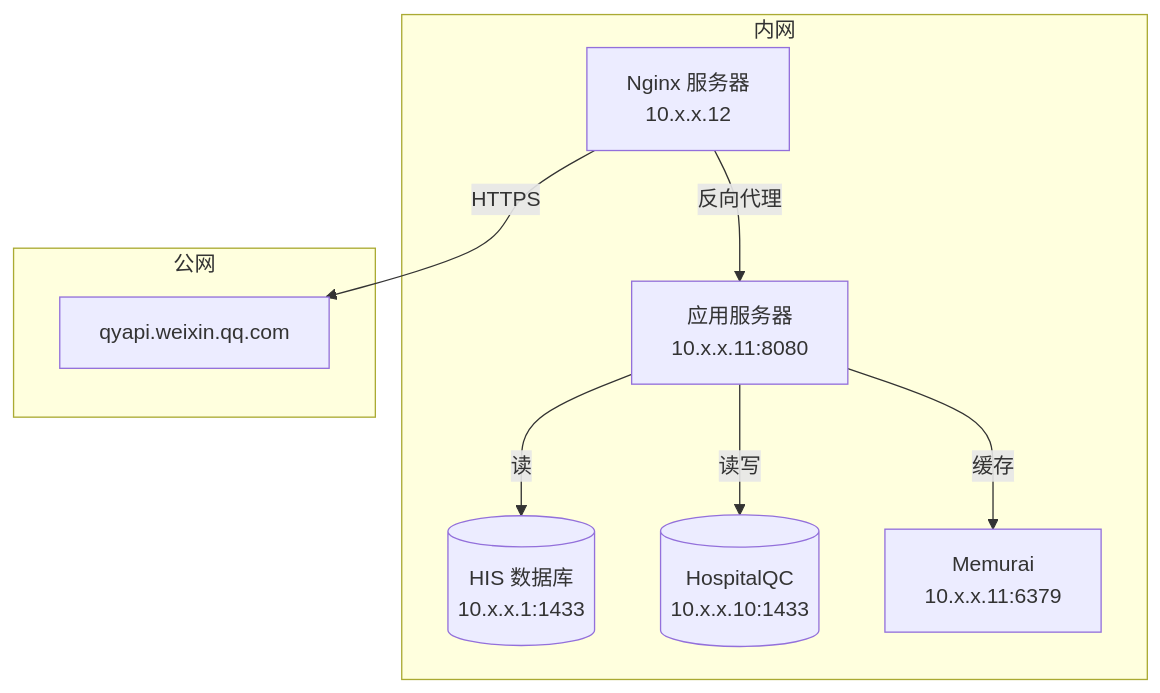
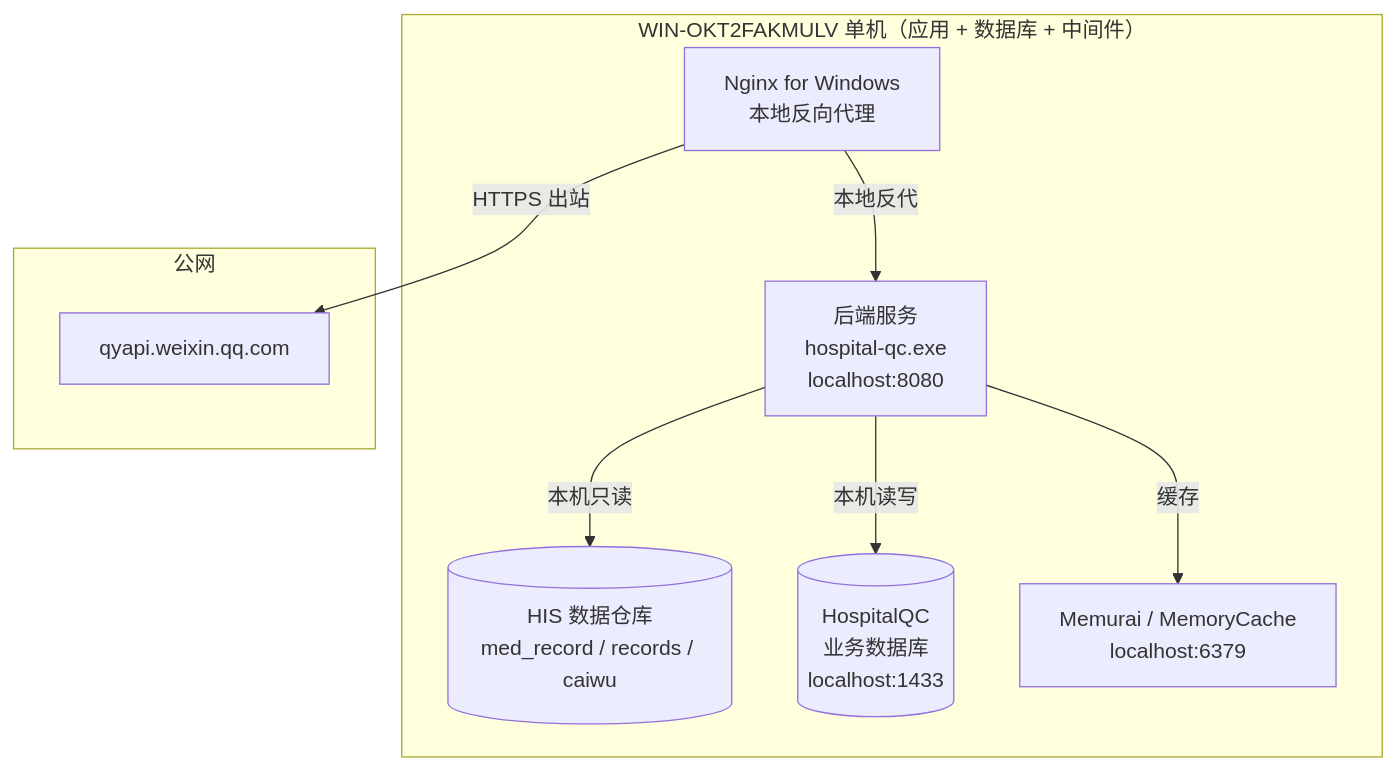
Before and after one commit to MIutopia/hospital-qc-wework: the second of 7 diagrams in docs/技术方案终稿-统一Go+Windows原生.md, drawn with Mermaid. The commit also changed other lines of this file and 17 other files, not shown here.

````diff
--- a/docs/技术方案终稿-统一Go+Windows原生.md
+++ b/docs/技术方案终稿-统一Go+Windows原生.md
@@ -63,20 +66,20 @@
 ```mermaid
 graph TD
-    subgraph 内网
-        HIS[("HIS 数据库<br/>10.x.x.1:1433")]
-        DB[("HospitalQC<br/>10.x.x.10:1433")]
-        APP["应用服务器<br/>10.x.x.11:8080"]
-        APP2["Nginx 服务器<br/>10.x.x.12"]
-        MEM["Memurai<br/>10.x.x.11:6379"]
+    subgraph 内网单机["WIN-OKT2FAKMULV 单机（应用 + 数据库 + 中间件）"]
+        HIS[("HIS 数据仓库<br/>med_record / records / caiwu")]
+        DB[("HospitalQC<br/>业务数据库<br/>localhost:1433")]
+        APP["后端服务<br/>hospital-qc.exe<br/>localhost:8080"]
+        NGX["Nginx for Windows<br/>本地反向代理"]
+        MEM["Memurai / MemoryCache<br/>localhost:6379"]
     end
 
     subgraph 公网
         WX["qyapi.weixin.qq.com"]
     end
 
-    APP -->|读| HIS
-    APP -->|读写| DB
+    APP -->|本机只读| HIS
+    APP -->|本机读写| DB
     APP -->|缓存| MEM
-    APP2 -->|反向代理| APP
-    APP2 -->|HTTPS| WX
+    NGX -->|本地反代| APP
+    NGX -->|HTTPS 出站| WX
 ```
````
